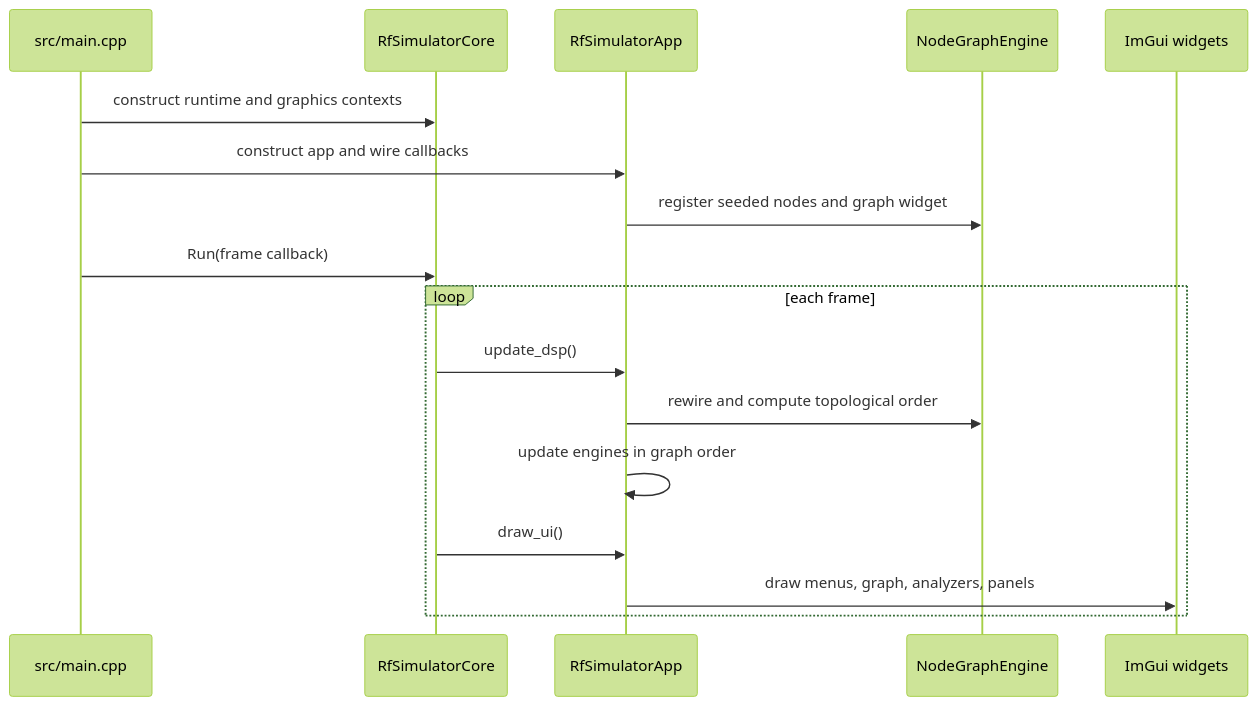
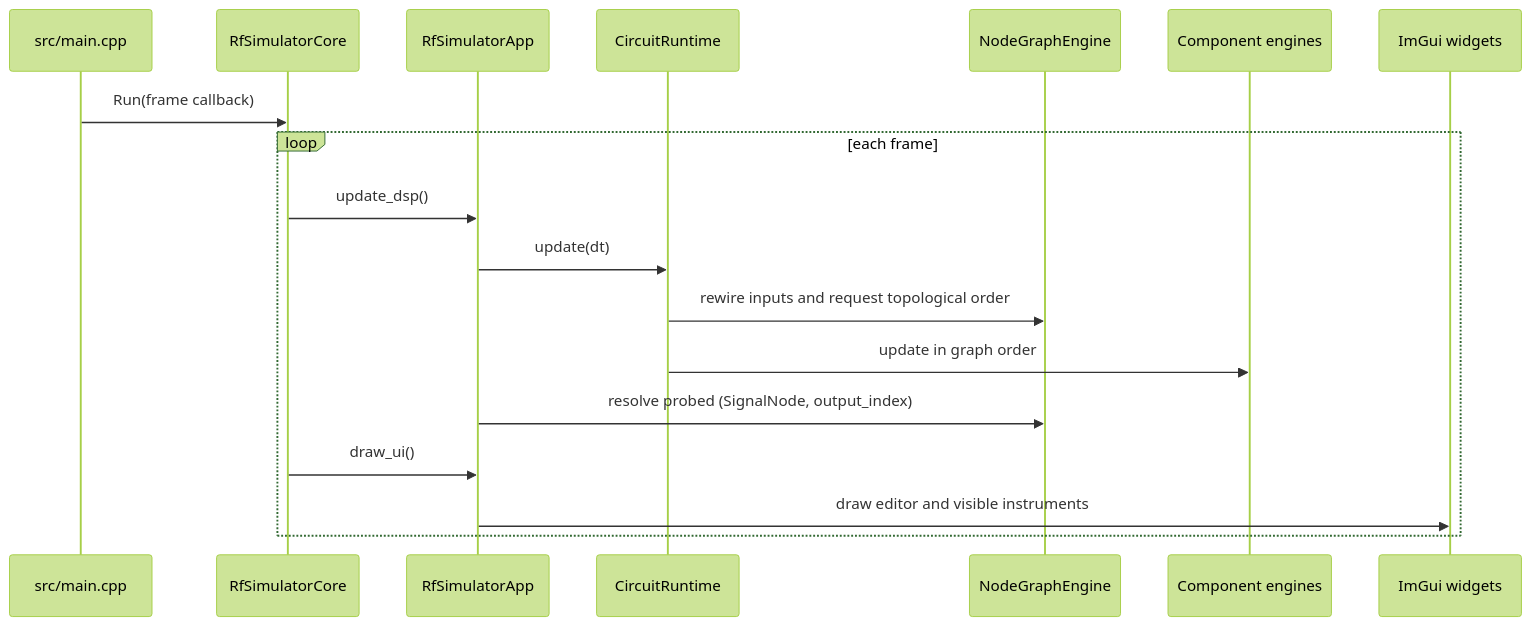
One commit to striderZA/Tiny-RF-Simulator changed the first of 2 diagrams in openwiki/workflows/dsp-pipeline.md. Above: the diagram before and after it, drawn with Mermaid (forest theme). The commit also changed other lines of this file and 22 other files, not shown here.

````diff
--- a/openwiki/workflows/dsp-pipeline.md
+++ b/openwiki/workflows/dsp-pipeline.md
@@ -49,19 +81,20 @@
 ```mermaid
 sequenceDiagram
     participant Main as src/main.cpp
     participant Core as RfSimulatorCore
     participant App as RfSimulatorApp
+    participant Runtime as CircuitRuntime
     participant Graph as NodeGraphEngine
+    participant Engines as Component engines
     participant UI as ImGui widgets
-    Main->>Core: construct runtime and graphics contexts
-    Main->>App: construct app and wire callbacks
-    App->>Graph: register seeded nodes and graph widget
     Main->>Core: Run(frame callback)
     loop each frame
         Core->>App: update_dsp()
-        App->>Graph: rewire and compute topological order
-        App->>App: update engines in graph order
+        App->>Runtime: update(dt)
+        Runtime->>Graph: rewire inputs and request topological order
+        Runtime->>Engines: update in graph order
+        App->>Graph: resolve probed (SignalNode, output_index)
         Core->>App: draw_ui()
-        App->>UI: draw menus, graph, analyzers, panels
+        App->>UI: draw editor and visible instruments
     end
 ```
````
